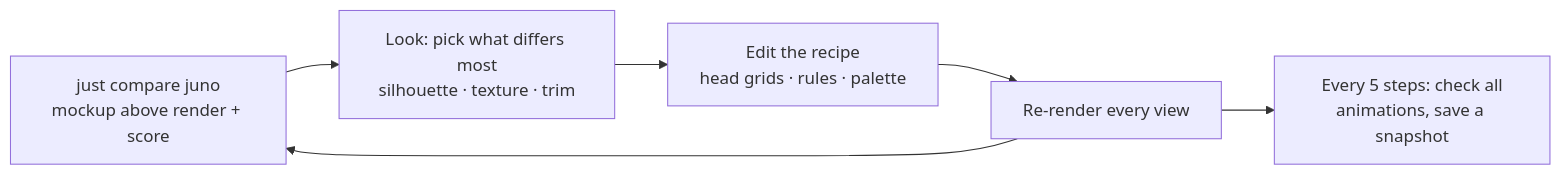
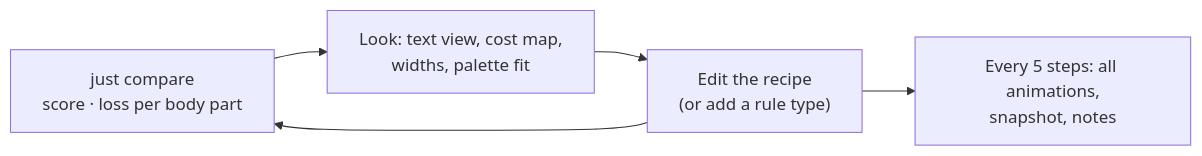
Before and after one commit to schlessera/character-generation: the second of 6 diagrams in README.md, drawn with Mermaid. The commit also changed other lines of this file and 11 other files, not shown here.

First line of the commit message:
docs: chapter 5 rewritten around the two-level loop, with the replay chart and figures

````diff
--- a/README.md
+++ b/README.md
@@ -230,8 +229,7 @@
 ```mermaid
 flowchart LR
-    C["just compare juno<br/>mockup above render + score"] --> L["Look: pick what differs most<br/>silhouette · texture · trim"]
-    L --> E["Edit the recipe<br/>head grids · rules · palette"]
-    E --> R["Re-render every view"]
-    R --> C
-    R --> A["Every 5 steps: check all<br/>animations, save a snapshot"]
+    C["just compare<br/>score · loss per body part"] --> L["Look: text view, cost map,<br/>widths, palette fit"]
+    L --> E["Edit the recipe<br/>(or add a rule type)"]
+    E --> C
+    E --> A["Every 5 steps: all animations,<br/>snapshot, notes"]
 ```
````
